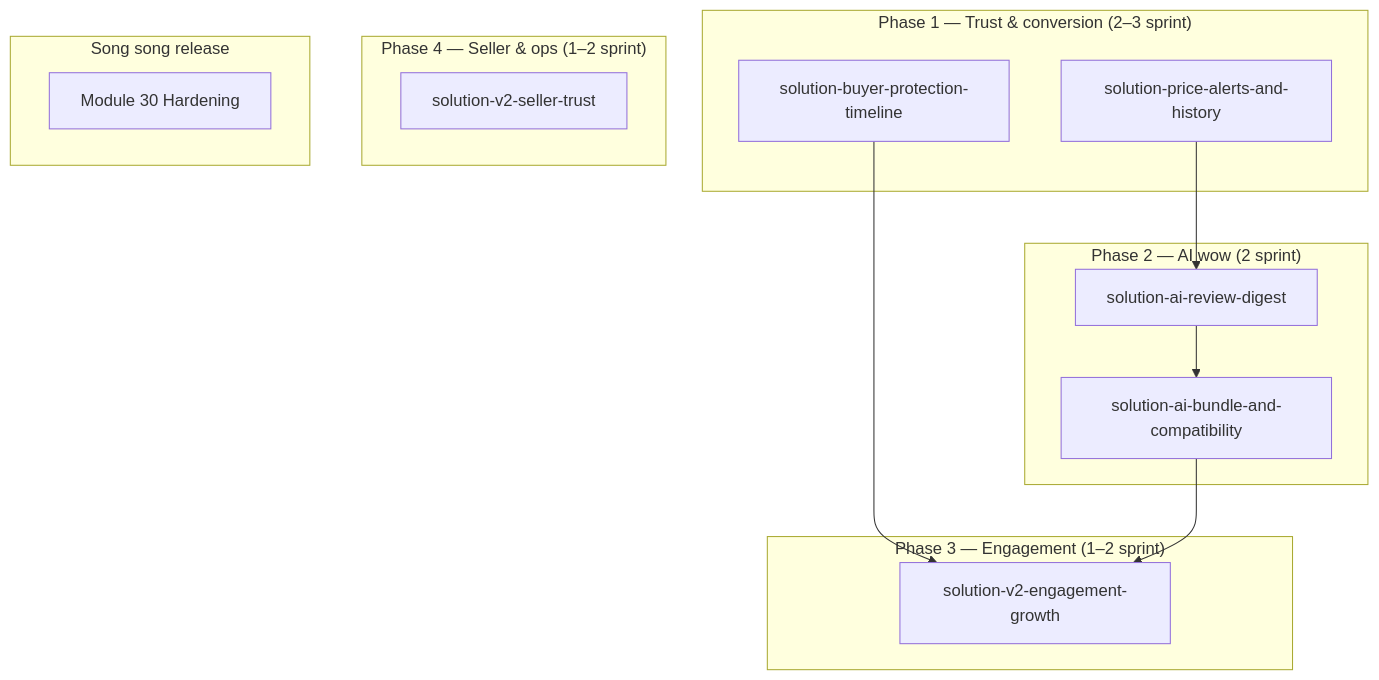
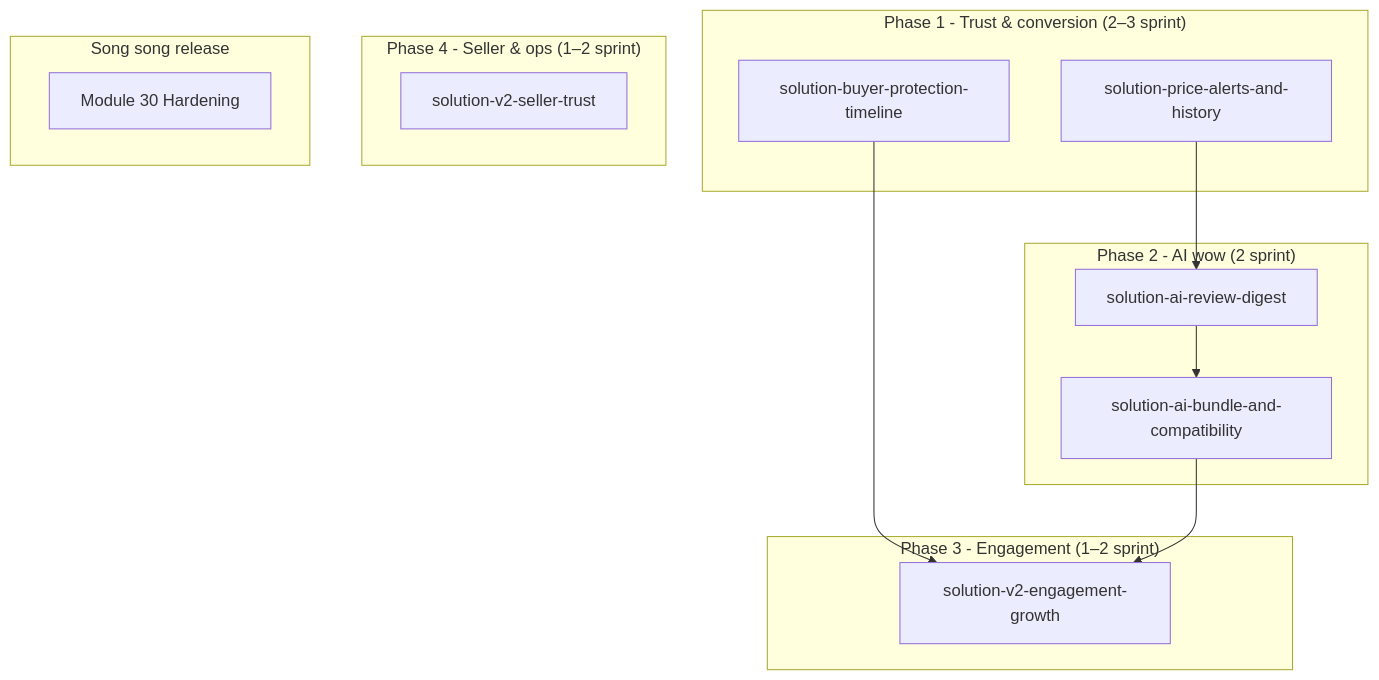
The diagram in docs/solution-v2-roadmap.md (HuynhVanMinhz/aidr), drawn with Mermaid before and after one commit. The commit also changed other lines of this file and 291 other files, not shown here.

````diff
--- a/docs/solution-v2-roadmap.md
+++ b/docs/solution-v2-roadmap.md
@@ -46,24 +46,24 @@
 ```mermaid
 flowchart TB
-  subgraph P1["Phase 1 — Trust & conversion (2–3 sprint)"]
+  subgraph P1["Phase 1 - Trust & conversion (2–3 sprint)"]
     A[solution-price-alerts-and-history]
     B[solution-buyer-protection-timeline]
   end
-  subgraph P2["Phase 2 — AI wow (2 sprint)"]
+  subgraph P2["Phase 2 - AI wow (2 sprint)"]
     C[solution-ai-review-digest]
     D[solution-ai-bundle-and-compatibility]
   end
-  subgraph P3["Phase 3 — Engagement (1–2 sprint)"]
+  subgraph P3["Phase 3 - Engagement (1–2 sprint)"]
     E[solution-v2-engagement-growth]
   end
-  subgraph P4["Phase 4 — Seller & ops (1–2 sprint)"]
+  subgraph P4["Phase 4 - Seller & ops (1–2 sprint)"]
     F[solution-v2-seller-trust]
   end
   subgraph P0["Song song release"]
     G[Module 30 Hardening]
   end
   A --> C
   B --> E
   C --> D
   D --> E
 ```
````
